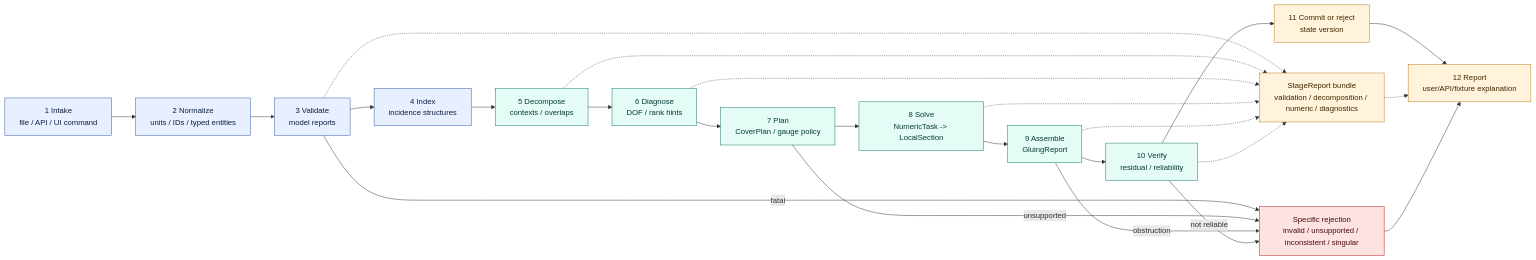
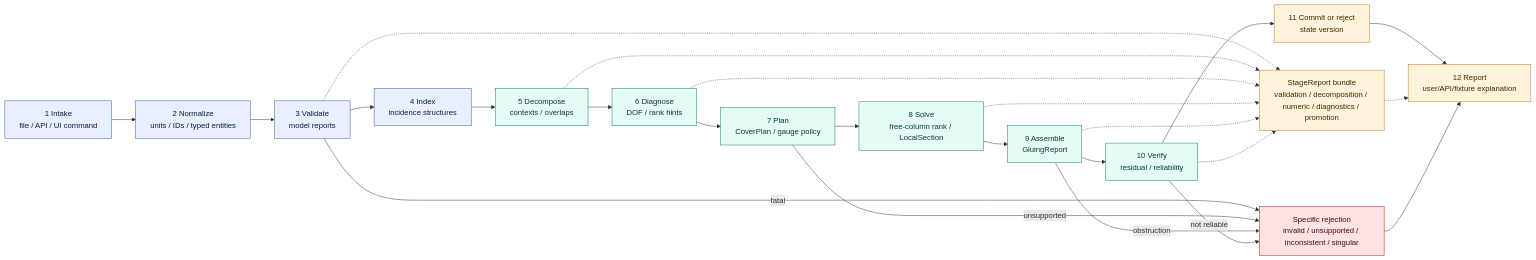
One commit to ShepherdQR/GCS changed the fourth of 6 diagrams in docs/architecture/70-visualization/gcs-architecture-atlas.md. Above: the diagram before and after it, drawn with Mermaid. The commit also changed other lines of this file and 10 other files, not shown here.

````diff
--- a/docs/architecture/70-visualization/gcs-architecture-atlas.md
+++ b/docs/architecture/70-visualization/gcs-architecture-atlas.md
@@ -294,41 +325,41 @@
 ```mermaid
 flowchart LR
     intake["1 Intake<br/>file / API / UI command"]
     normalize["2 Normalize<br/>units / IDs / typed entities"]
     validate["3 Validate<br/>model reports"]
     index["4 Index<br/>incidence structures"]
     decompose["5 Decompose<br/>contexts / overlaps"]
     diagnose1["6 Diagnose<br/>DOF / rank hints"]
     plan["7 Plan<br/>CoverPlan / gauge policy"]
-    solve["8 Solve<br/>NumericTask -> LocalSection"]
+    solve["8 Solve<br/>free-column rank / LocalSection"]
     assemble["9 Assemble<br/>GluingReport"]
     verify["10 Verify<br/>residual / reliability"]
     commit["11 Commit or reject<br/>state version"]
     report["12 Report<br/>user/API/fixture explanation"]
 
-    reports["StageReport bundle<br/>validation / decomposition / numeric / diagnostics"]
+    reports["StageReport bundle<br/>validation / decomposition / numeric / diagnostics / promotion"]
     reject["Specific rejection<br/>invalid / unsupported / inconsistent / singular"]
 
     intake --> normalize --> validate --> index --> decompose --> diagnose1 --> plan --> solve --> assemble --> verify --> commit --> report
     validate -.-> reports
     decompose -.-> reports
     diagnose1 -.-> reports
     solve -.-> reports
     assemble -.-> reports
     verify -.-> reports
     reports -.-> report
     validate -->|fatal| reject
     plan -->|unsupported| reject
     assemble -->|obstruction| reject
     verify -->|not reliable| reject
     reject --> report
 
     classDef domain fill:#e8f0ff,stroke:#3157a4,color:#0b1c3d;
     classDef solve fill:#e5fbf6,stroke:#0f766e,color:#063b35;
     classDef orchestrate fill:#fff4db,stroke:#b7791f,color:#402500;
     classDef fail fill:#fee2e2,stroke:#b91c1c,color:#450a0a;
     class intake,normalize,validate,index domain;
     class decompose,diagnose1,plan,solve,assemble,verify solve;
     class commit,report,reports orchestrate;
     class reject fail;
 ```
````
